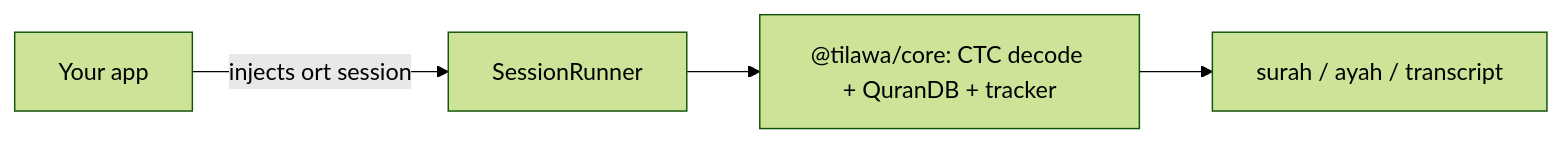
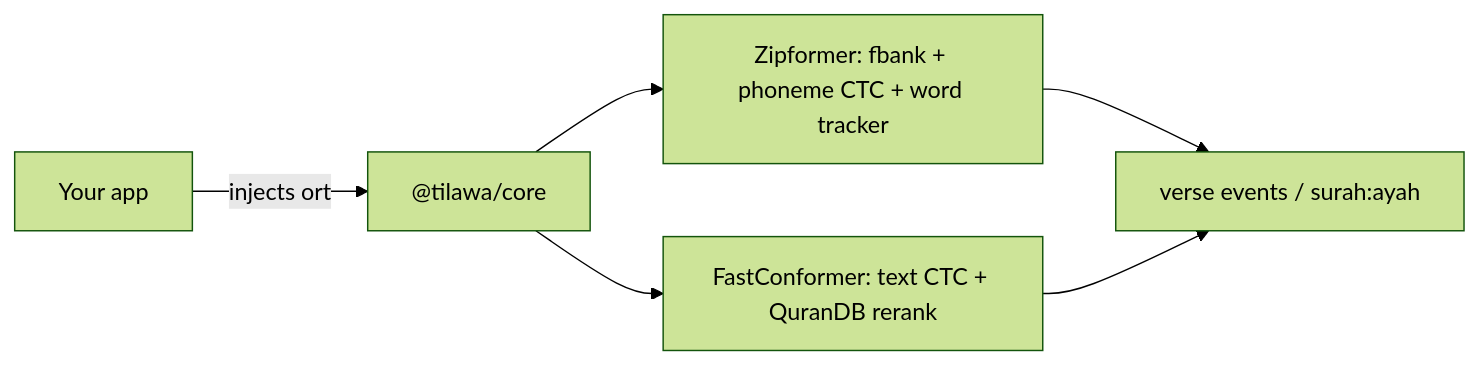
Before and after one commit to M-Bekheet/tilawa: the diagram in README.md, drawn with Mermaid (forest theme). The commit also changed other lines of this file and 3 other files, not shown here.

````diff
--- a/README.md
+++ b/README.md
@@ -11,6 +13,8 @@
 ```mermaid
 graph LR
-  dev[Your app] -->|injects ort session| runner[SessionRunner]
-  runner --> core["@tilawa/core: CTC decode + QuranDB + tracker"]
-  core --> result["surah / ayah / transcript"]
+  dev[Your app] -->|injects ort| core["@tilawa/core"]
+  core --> zip["Zipformer: fbank + phoneme CTC + word tracker"]
+  core --> fc["FastConformer: text CTC + QuranDB rerank"]
+  zip --> result["verse events / surah:ayah"]
+  fc --> result
 ```
````
